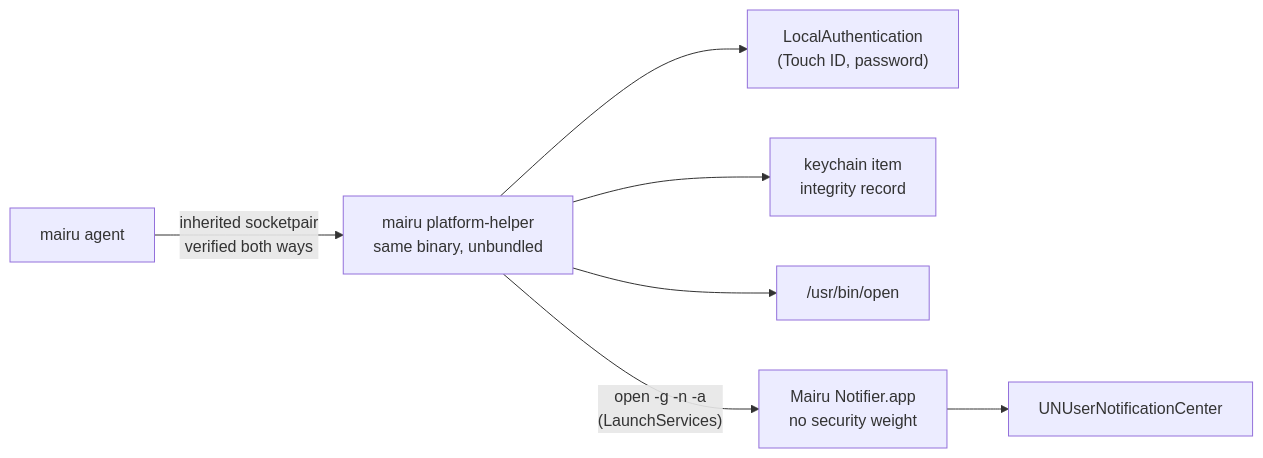
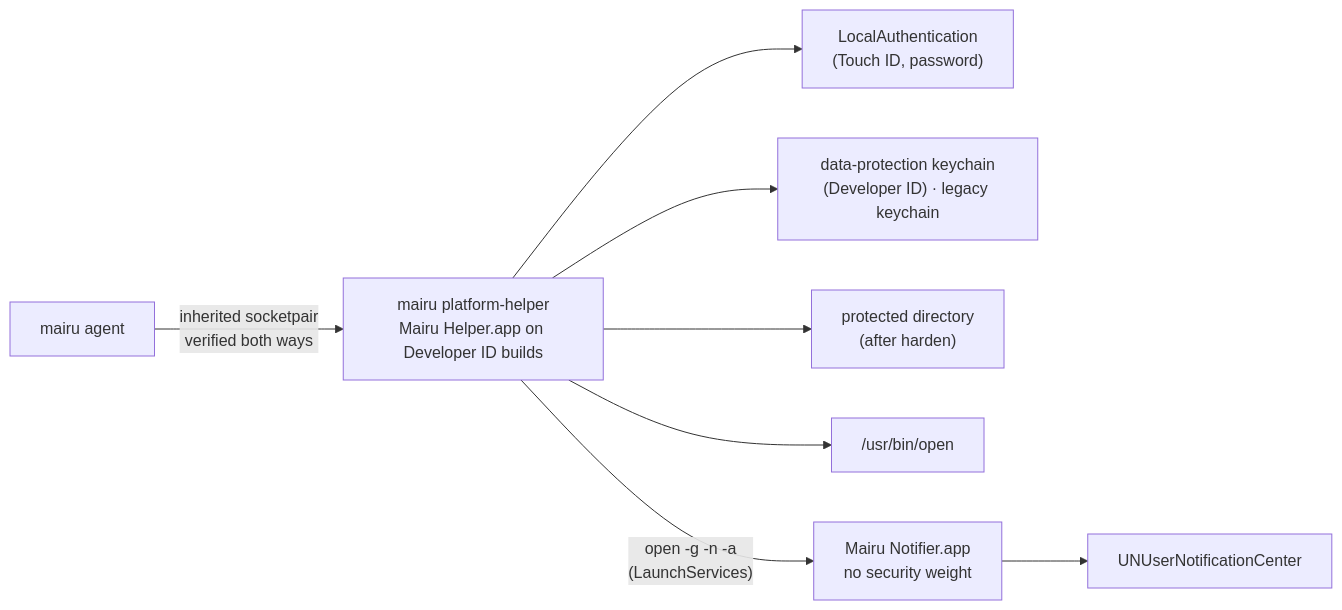
The fifth of 5 diagrams in docs/specs/platform-helper.md (sorah/mairu), drawn with Mermaid before and after one commit. The commit also changed other lines of this file and 2 other files, not shown here.

First line of the commit message:
docs/specs: protect macOS policy records two ways

````diff
--- a/docs/specs/platform-helper.md
+++ b/docs/specs/platform-helper.md
@@ -642,9 +659,10 @@
 ```mermaid
 flowchart LR
-  A["mairu agent"] -- "inherited socketpair<br/>verified both ways" --> H["mairu platform-helper<br/>same binary, unbundled"]
+  A["mairu agent"] -- "inherited socketpair<br/>verified both ways" --> H["mairu platform-helper<br/>Mairu Helper.app on Developer ID builds"]
   H --> LA["LocalAuthentication<br/>(Touch ID, password)"]
-  H --> KC["keychain item<br/>integrity record"]
+  H --> KC["data-protection keychain<br/>(Developer ID) · legacy keychain"]
+  H --> PD["protected directory<br/>(after harden)"]
   H --> OP["/usr/bin/open"]
   H -- "open -g -n -a<br/>(LaunchServices)" --> N["Mairu Notifier.app<br/>no security weight"]
   N --> UN["UNUserNotificationCenter"]
 ```
````
